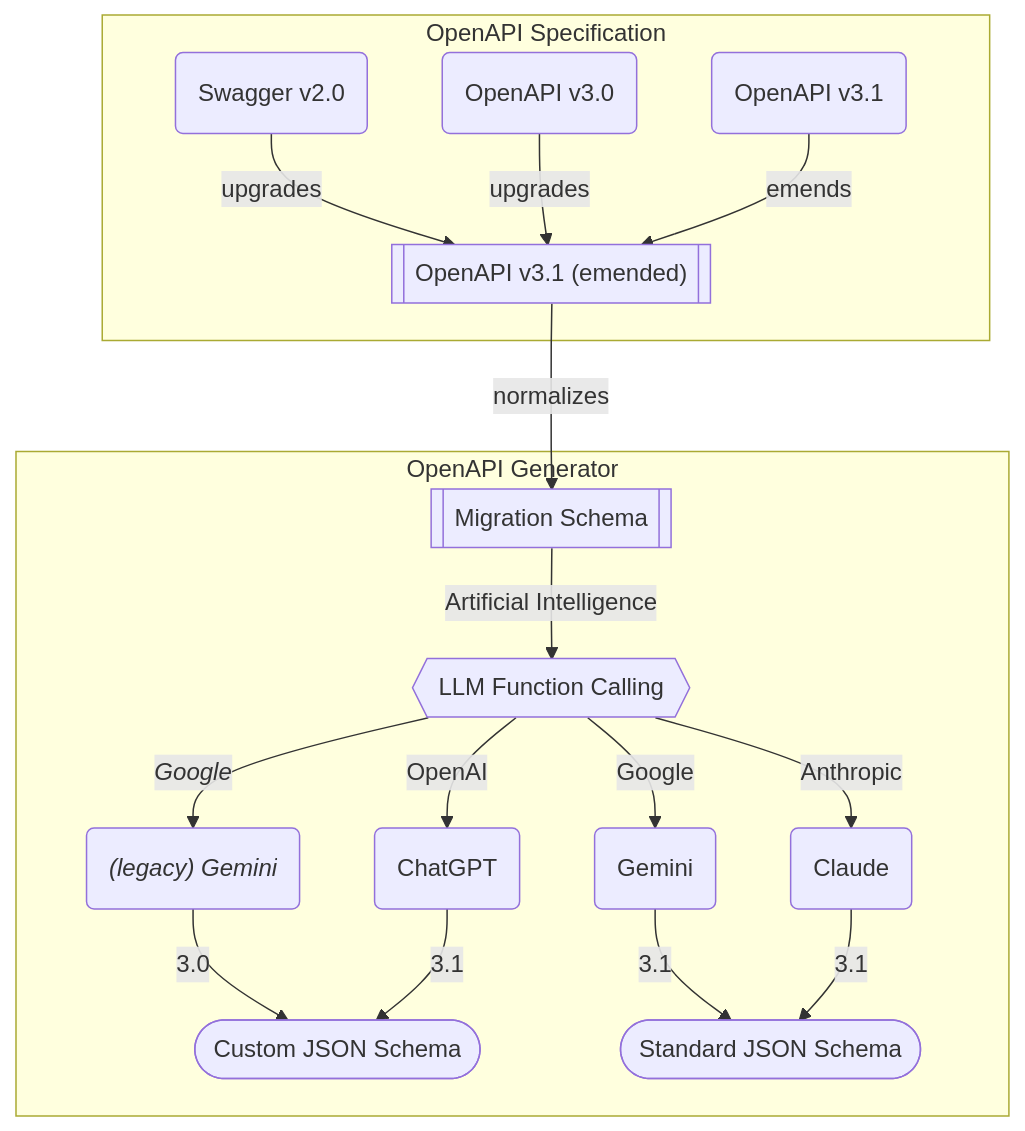
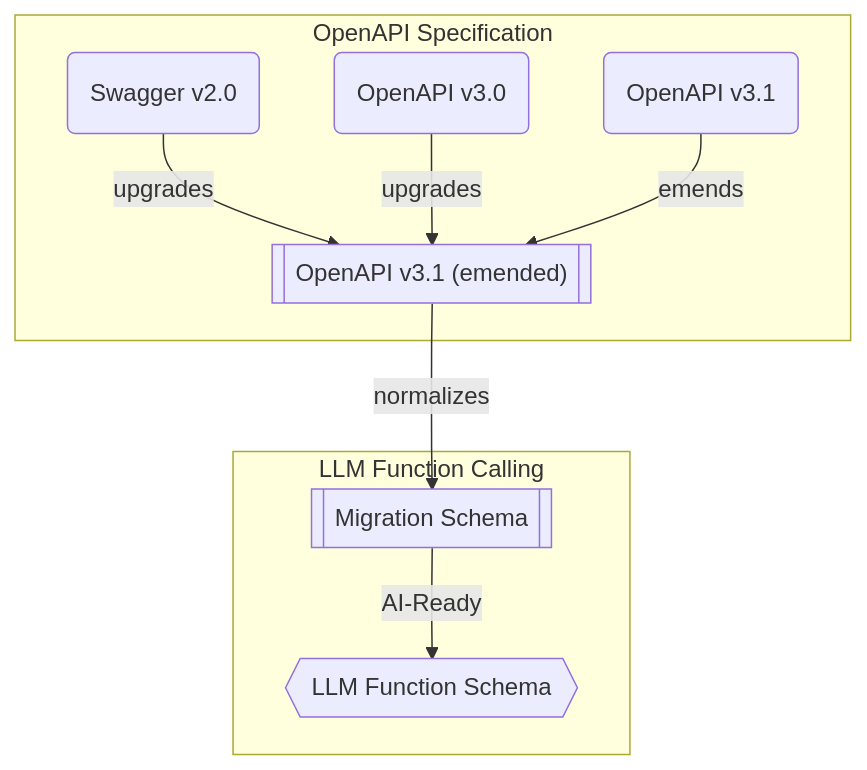
One commit to samchon/openapi changed the first of 3 diagrams in README.md. Above: the diagram before and after it, drawn with Mermaid. The commit also changed other lines of this file and 1 other file, not shown here.

Commit message:
Re-write README for universal LLM schemas

````diff
--- a/README.md
+++ b/README.md
@@ -2,20 +2,12 @@
 ```mermaid
-flowchart
-  subgraph "OpenAPI Specification"
-    v20("Swagger v2.0") --upgrades--> emended[["OpenAPI v3.1 (emended)"]]
-    v30("OpenAPI v3.0") --upgrades--> emended
-    v31("OpenAPI v3.1") --emends--> emended
-  end
-  subgraph "OpenAPI Generator"
-    emended --normalizes--> migration[["Migration Schema"]]
-    migration --"Artificial Intelligence"--> lfc{{"LLM Function Calling"}}
-    lfc --"OpenAI"--> chatgpt("ChatGPT")
-    lfc --"Google"--> gemini("Gemini")
-    lfc --"Anthropic"--> claude("Claude")
-    lfc --"<i>Google</i>" --> legacy_gemini("<i> (legacy) Gemini</i>")
-    legacy_gemini --"3.0" --> custom(["Custom JSON Schema"])
-    chatgpt --"3.1"--> custom
-    gemini --"3.1"--> standard(["Standard JSON Schema"])
-    claude --"3.1"--> standard
-  end
+flowchart TB
+subgraph "OpenAPI Specification"
+  v20("Swagger v2.0") --upgrades--> emended[["OpenAPI v3.1 (emended)"]]
+  v30("OpenAPI v3.0") --upgrades--> emended
+  v31("OpenAPI v3.1") --emends--> emended
+end
+subgraph "LLM Function Calling"
+  emended --normalizes--> migration[["Migration Schema"]]
+  migration --"AI-Ready"--> schema{{"LLM Function Schema"}}
+end
 ```
````
